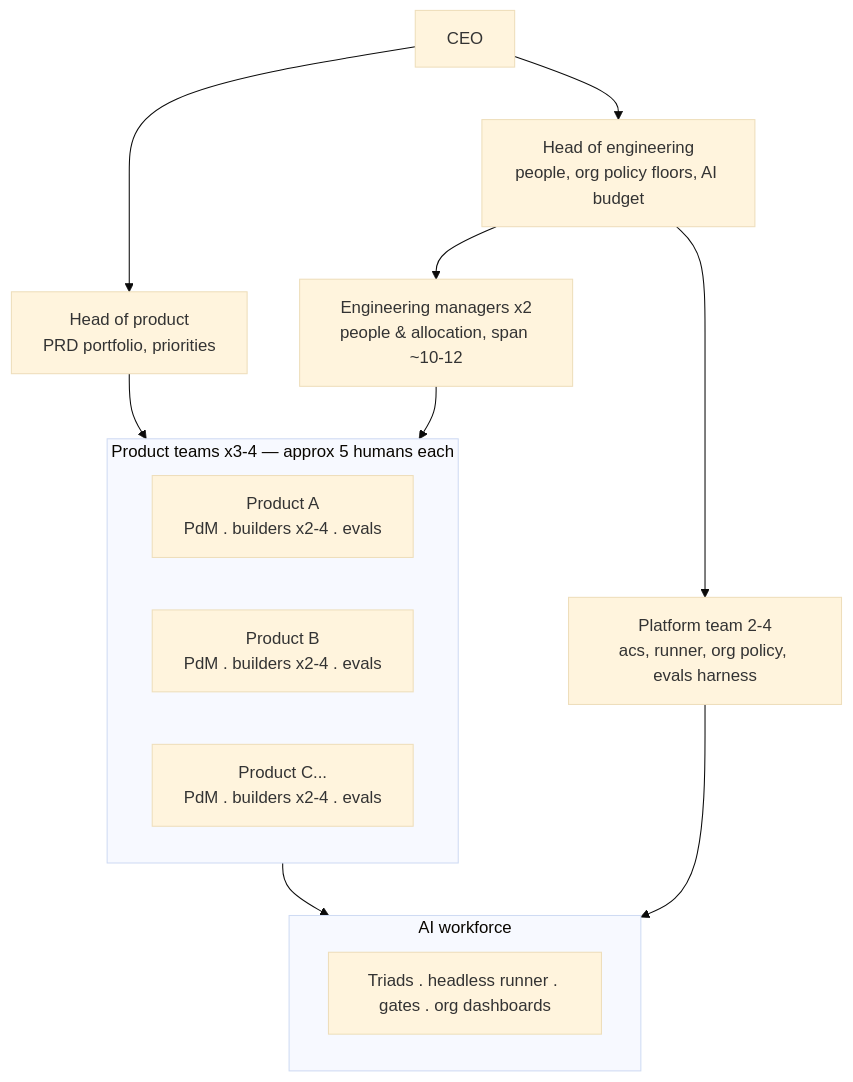
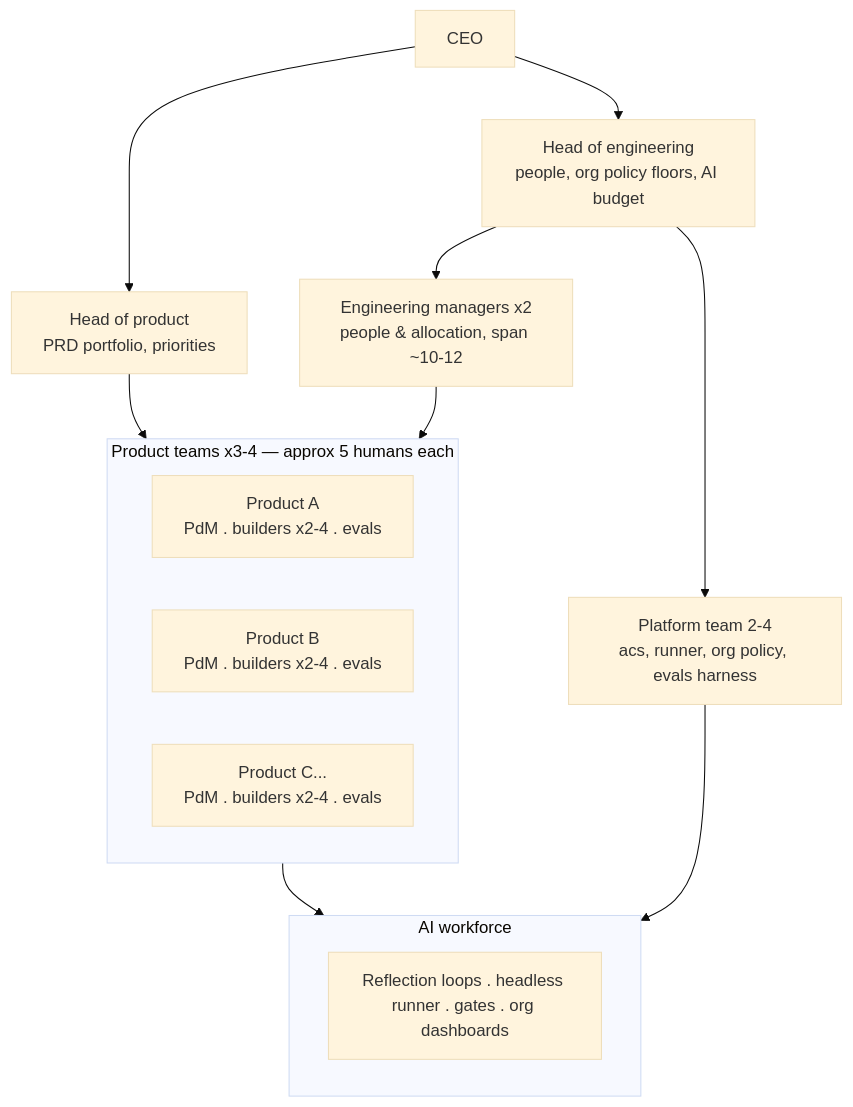
Before and after one commit to globalmindsolution/gms-marketplace: the second of 2 diagrams in docs/product/operating-model.md, drawn with Mermaid (base theme). The commit also changed other lines of this file and 628 other files, not shown here.

````diff
--- a/docs/product/operating-model.md
+++ b/docs/product/operating-model.md
@@ -76,24 +76,24 @@
 ```mermaid
 flowchart TB
     CEO2["CEO"]
     HOP["Head of product<br/>PRD portfolio, priorities"]
     HOE["Head of engineering<br/>people, org policy floors, AI budget"]
     EM["Engineering managers x2<br/>people & allocation, span ~10-12"]
     PLT["Platform team 2-4<br/>acs, runner, org policy, evals harness"]
     subgraph TEAMS["Product teams x3-4 — approx 5 humans each"]
         T1["Product A<br/>PdM . builders x2-4 . evals"]
         T2["Product B<br/>PdM . builders x2-4 . evals"]
         T3["Product C...<br/>PdM . builders x2-4 . evals"]
     end
     subgraph AIW2["AI workforce"]
-        RUN["Triads . headless runner . gates . org dashboards"]
+        RUN["Reflection loops . headless runner . gates . org dashboards"]
     end
     CEO2 --> HOP
     CEO2 --> HOE
     HOE --> EM
     HOE --> PLT
     HOP --> TEAMS
     EM --> TEAMS
     TEAMS --> AIW2
     PLT --> AIW2
 ```
````
